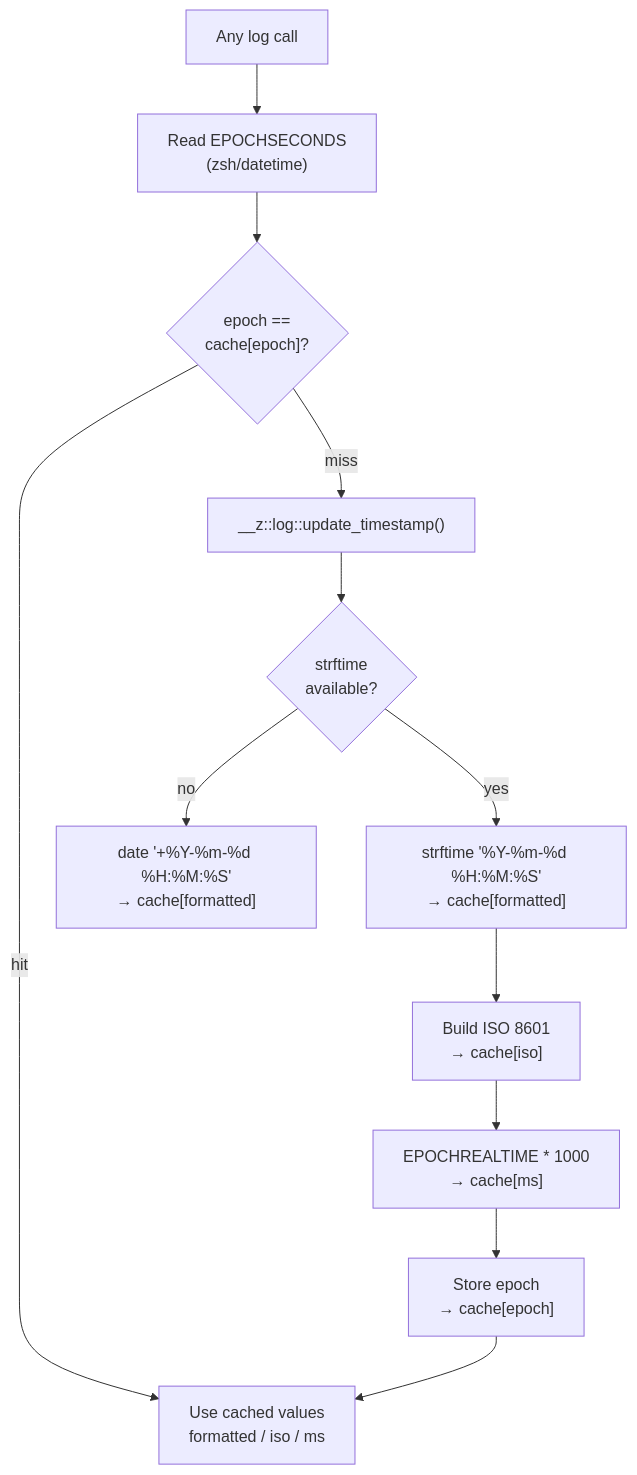
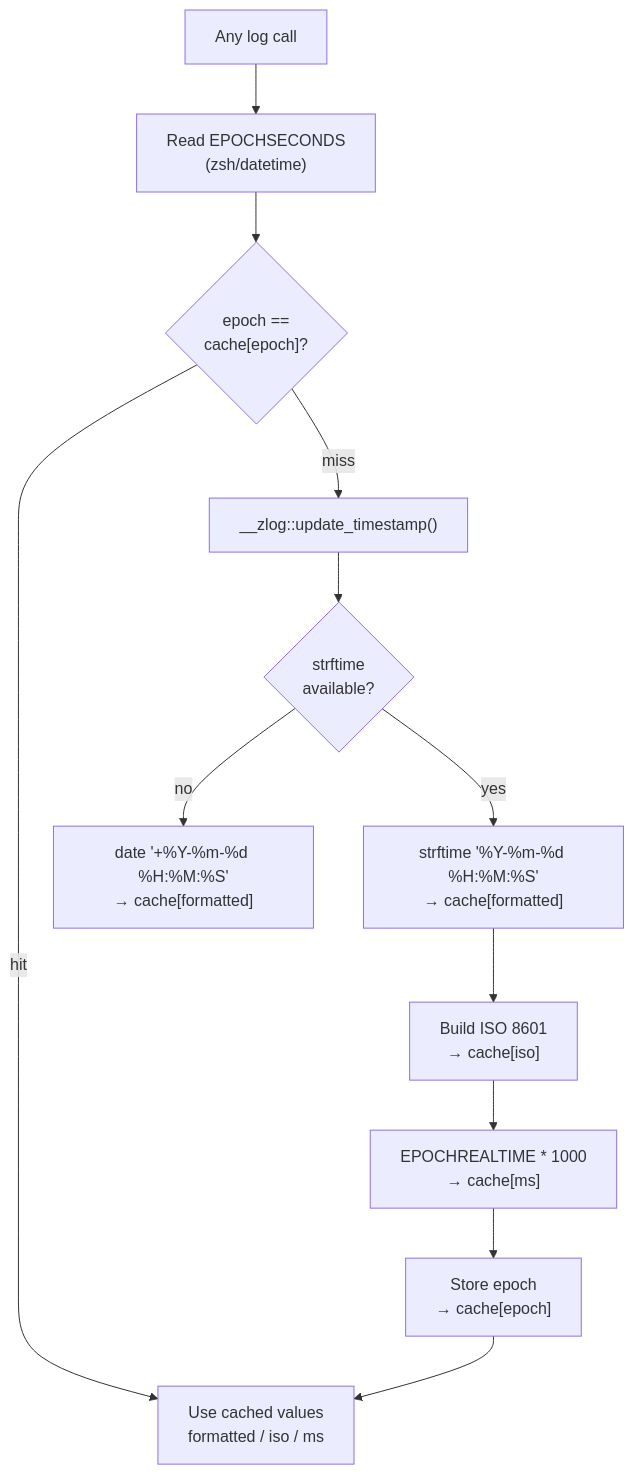
One commit to Khodaparastan/zsh-log changed the ninth of 20 diagrams in docs/architecture.md. Above: the diagram before and after it, drawn with Mermaid. The commit also changed other lines of this file and 14 other files, not shown here.

First line of the commit message:
update function prefixes from z::log:: to zlog:: in documentation and examples

````diff
--- a/docs/architecture.md
+++ b/docs/architecture.md
@@ -503,24 +503,24 @@
 ```mermaid
 flowchart TD
     Call["Any log call"]
     Epoch["Read EPOCHSECONDS\n(zsh/datetime)"]
     Cache{"epoch ==\ncache[epoch]?"}
     Return["Use cached values\nformatted / iso / ms"]
 
-    Update["__z::log::update_timestamp()"]
+    Update["__zlog::update_timestamp()"]
     Strftime{"strftime\navailable?"}
     SF["strftime '%Y-%m-%d %H:%M:%S'\n→ cache[formatted]"]
     Date["date '+%Y-%m-%d %H:%M:%S'\n→ cache[formatted]"]
 
     ISO["Build ISO 8601\n→ cache[iso]"]
     MS["EPOCHREALTIME * 1000\n→ cache[ms]"]
     Store["Store epoch\n→ cache[epoch]"]
 
     Call --> Epoch --> Cache
     Cache -->|hit| Return
     Cache -->|miss| Update
     Update --> Strftime
     Strftime -->|yes| SF
     Strftime -->|no| Date
     SF --> ISO --> MS --> Store --> Return
 ```
````
